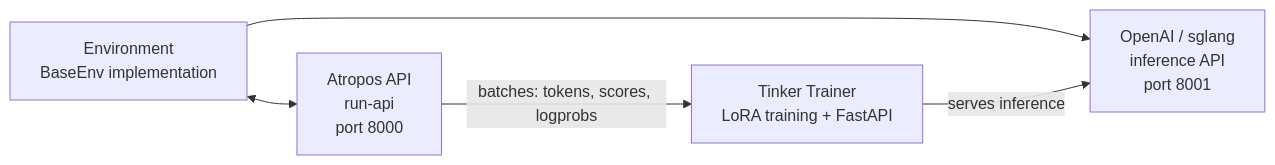
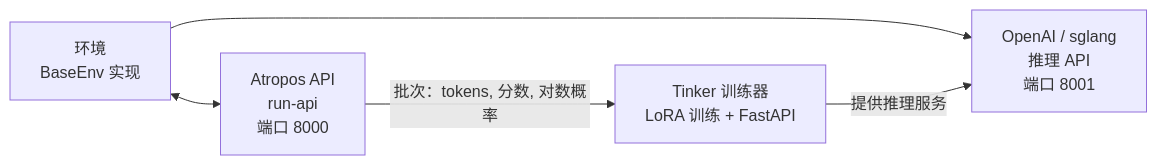
The diagram in translations/docs/user-guide/features/rl-training.md (lyy0709/hermes-agent-zh), drawn with Mermaid before and after one commit. The commit also changed other lines of this file and 124 other files, not shown here.

````diff
--- a/translations/docs/user-guide/features/rl-training.md
+++ b/translations/docs/user-guide/features/rl-training.md
@@ -177,12 +177,12 @@
 ```mermaid
 flowchart LR
-    api["Atropos API<br/>run-api<br/>port 8000"]
-    env["Environment<br/>BaseEnv implementation"]
-    infer["OpenAI / sglang<br/>inference API<br/>port 8001"]
-    trainer["Tinker Trainer<br/>LoRA training + FastAPI"]
+    api["Atropos API<br/>run-api<br/>端口 8000"]
+    env["环境<br/>BaseEnv 实现"]
+    infer["OpenAI / sglang<br/>推理 API<br/>端口 8001"]
+    trainer["Tinker 训练器<br/>LoRA 训练 + FastAPI"]
 
     env <--> api
     env --> infer
-    api -->|"batches: tokens, scores, logprobs"| trainer
-    trainer -->|"serves inference"| infer
+    api -->|"批次：tokens, 分数, 对数概率"| trainer
+    trainer -->|"提供推理服务"| infer
 ```
````
